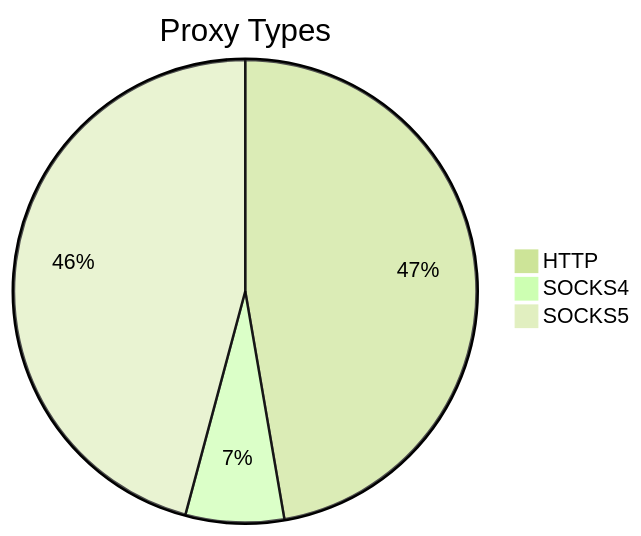
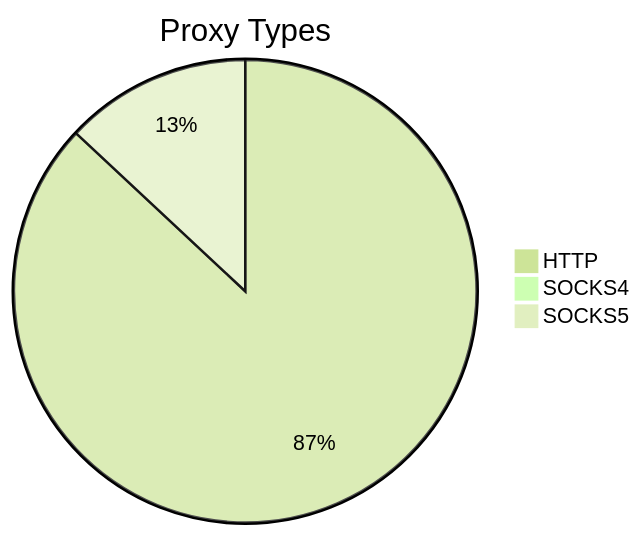
The first of 2 diagrams in README.md (stormsia/proxy-list), drawn with Mermaid (forest theme) before and after one commit. The commit also changed other lines of this file, not shown here.

````diff
--- a/README.md
+++ b/README.md
@@ -21,6 +21,6 @@
 ```mermaid
 pie title Proxy Types
-    "HTTP" : 227
-    "SOCKS4" : 33
-    "SOCKS5" : 220
+    "HTTP" : 540
+    "SOCKS4" : 3
+    "SOCKS5" : 81
 ```
````
